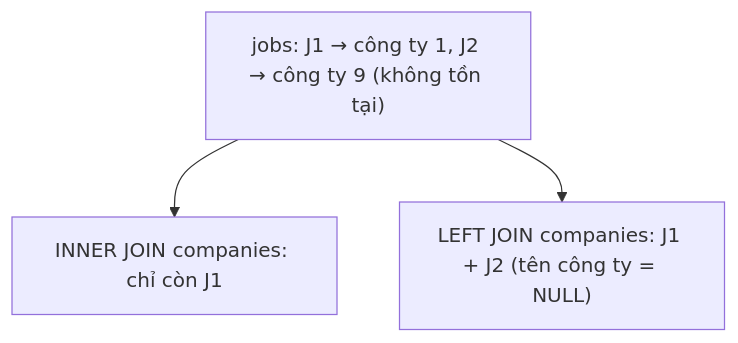
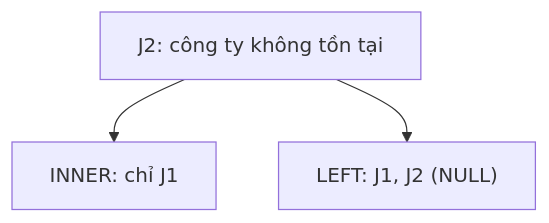
One commit to ht-nah98/ai-academy changed the second of 4 diagrams in academy/curriculum/L09-sql-phan-tich/lesson.md. Above: the diagram before and after it, drawn with Mermaid. The commit also changed other lines of this file and 54 other files, not shown here.

````diff
--- a/academy/curriculum/L09-sql-phan-tich/lesson.md
+++ b/academy/curriculum/L09-sql-phan-tich/lesson.md
@@ -57,6 +57,6 @@
 ```mermaid
 flowchart TD
-    J["jobs: J1 → công ty 1, J2 → công ty 9 (không tồn tại)"]
-    J --> I["INNER JOIN companies: chỉ còn J1"]
-    J --> L["LEFT JOIN companies: J1 + J2 (tên công ty = NULL)"]
+    J["J2: công ty không tồn tại"]
+    J --> I["INNER: chỉ J1"]
+    J --> L["LEFT: J1, J2 (NULL)"]
 ```
````
